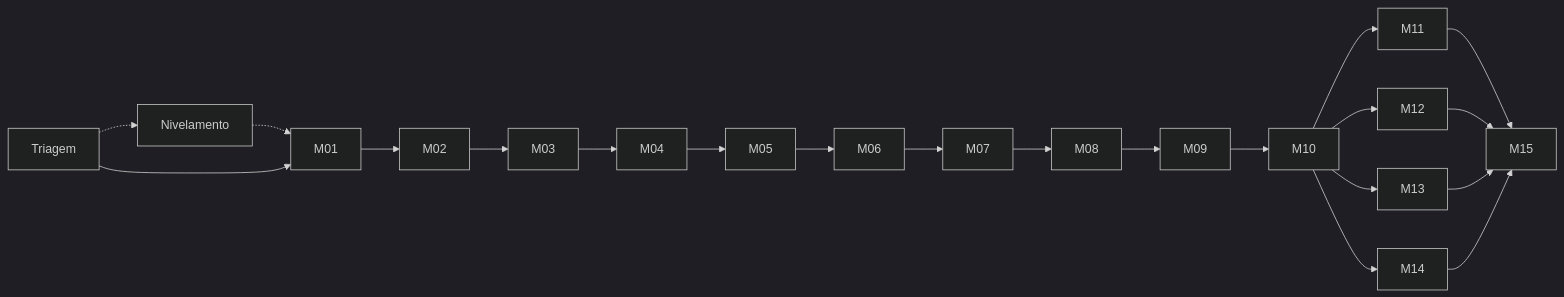
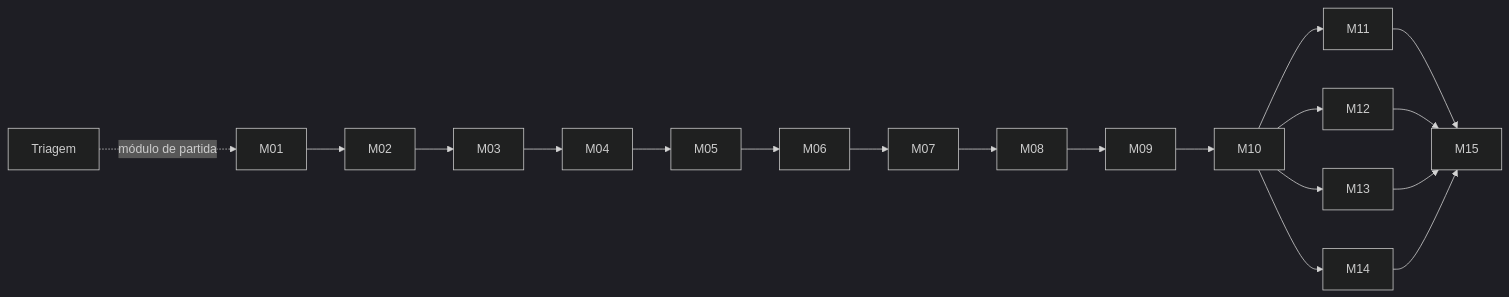
The diagram in curriculo/mapa.md (JoaoMarcosChaves/mastering), drawn with Mermaid (dark theme) before and after one commit. The commit also changed other lines of this file and 21 other files, not shown here.

First line of the commit message:
docs: trilha para qualquer aprendiz — Triagem posiciona, sem Nivelamento

````diff
--- a/curriculo/mapa.md
+++ b/curriculo/mapa.md
@@ -16,8 +16,7 @@
 ```mermaid
 flowchart LR
-  T[Triagem] -.-> N[Nivelamento] -.-> M01
-  T --> M01
+  T[Triagem] -. módulo de partida .-> M01
   M01 --> M02 --> M03 --> M04 --> M05 --> M06 --> M07 --> M08 --> M09 --> M10
   M10 --> M11 & M12 & M13 & M14
   M11 & M12 & M13 & M14 --> M15
 ```
````
